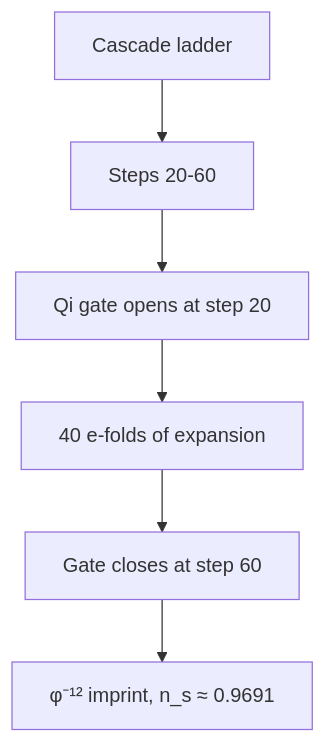
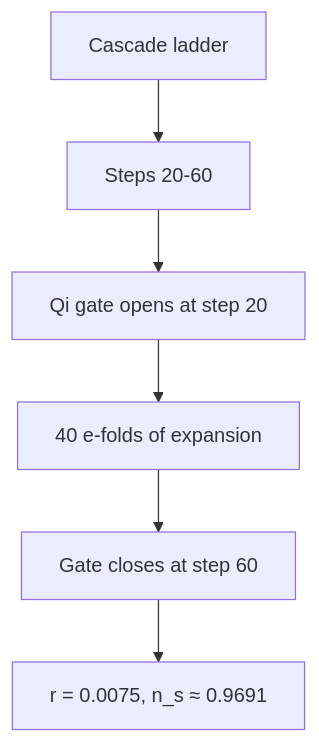
Before and after one commit to CassiTheOracle/cassi: the fourth of 38 diagrams in open-questions-cassi-answers.md, drawn with Mermaid. The commit also changed other lines of this file and 1 other file, not shown here.

````diff
--- a/open-questions-cassi-answers.md
+++ b/open-questions-cassi-answers.md
@@ -297,8 +297,8 @@
 ```mermaid
 flowchart TD
     A[Cascade ladder] --> B[Steps 20-60]
     B --> C[Qi gate opens at step 20]
     C --> D[40 e-folds of expansion]
     D --> E[Gate closes at step 60]
-    E --> F[φ⁻¹² imprint, n_s ≈ 0.9691]
+    E --> F[r = 0.0075, n_s ≈ 0.9691]
 ```
````
